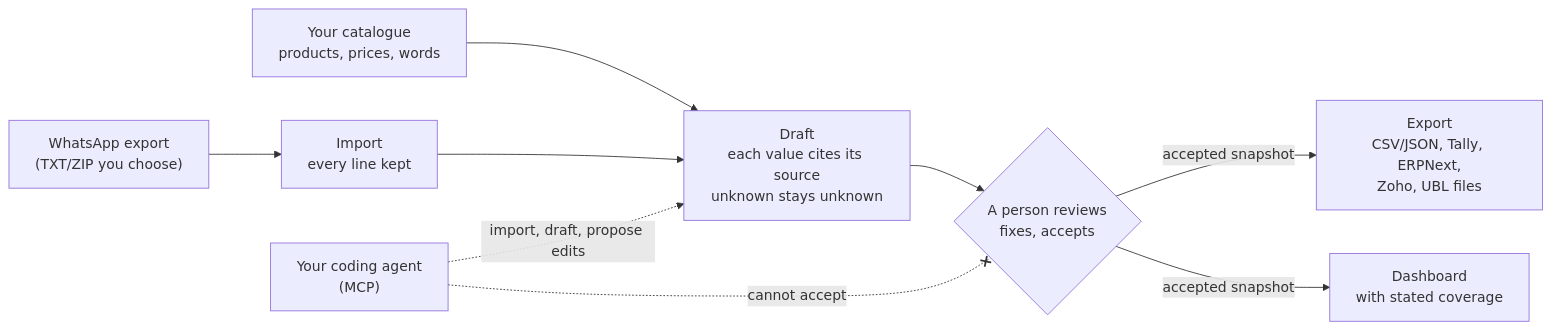
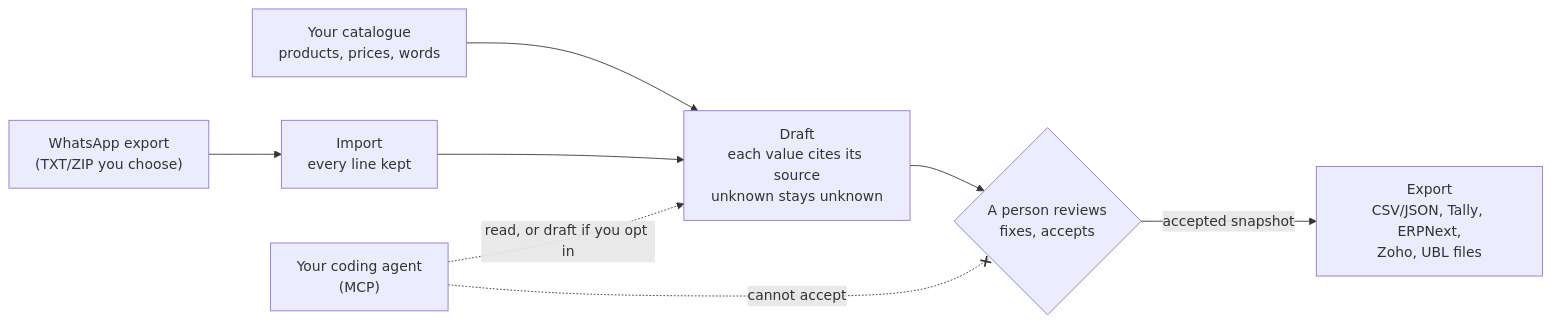
One commit to shekibahmed/ChatterPilot changed the diagram in README.md. Above: the diagram before and after it, drawn with Mermaid. The commit also changed other lines of this file and 43 other files, not shown here.

````diff
--- a/README.md
+++ b/README.md
@@ -41,11 +43,10 @@
 ```mermaid
 flowchart LR
   A["WhatsApp export<br/>(TXT/ZIP you choose)"] --> B["Import<br/>every line kept"]
   C["Your catalogue<br/>products, prices, words"] --> D
   B --> D["Draft<br/>each value cites its source<br/>unknown stays unknown"]
   D --> E{"A person reviews<br/>fixes, accepts"}
   E -->|accepted snapshot| F["Export<br/>CSV/JSON, Tally, ERPNext,<br/>Zoho, UBL files"]
-  E -->|accepted snapshot| G["Dashboard<br/>with stated coverage"]
-  H["Your coding agent<br/>(MCP)"] -.->|import, draft, propose edits| D
+  H["Your coding agent<br/>(MCP)"] -.->|read, or draft if you opt in| D
   H -.-x|cannot accept| E
 ```
````
